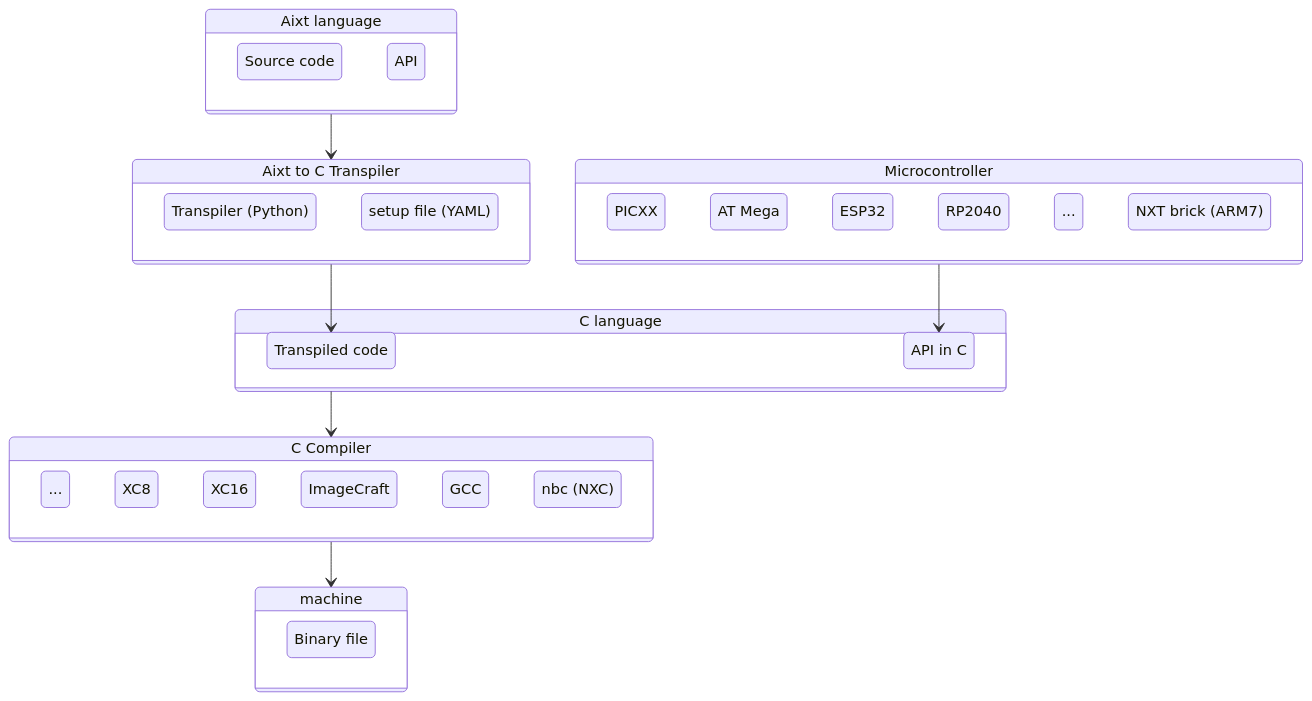
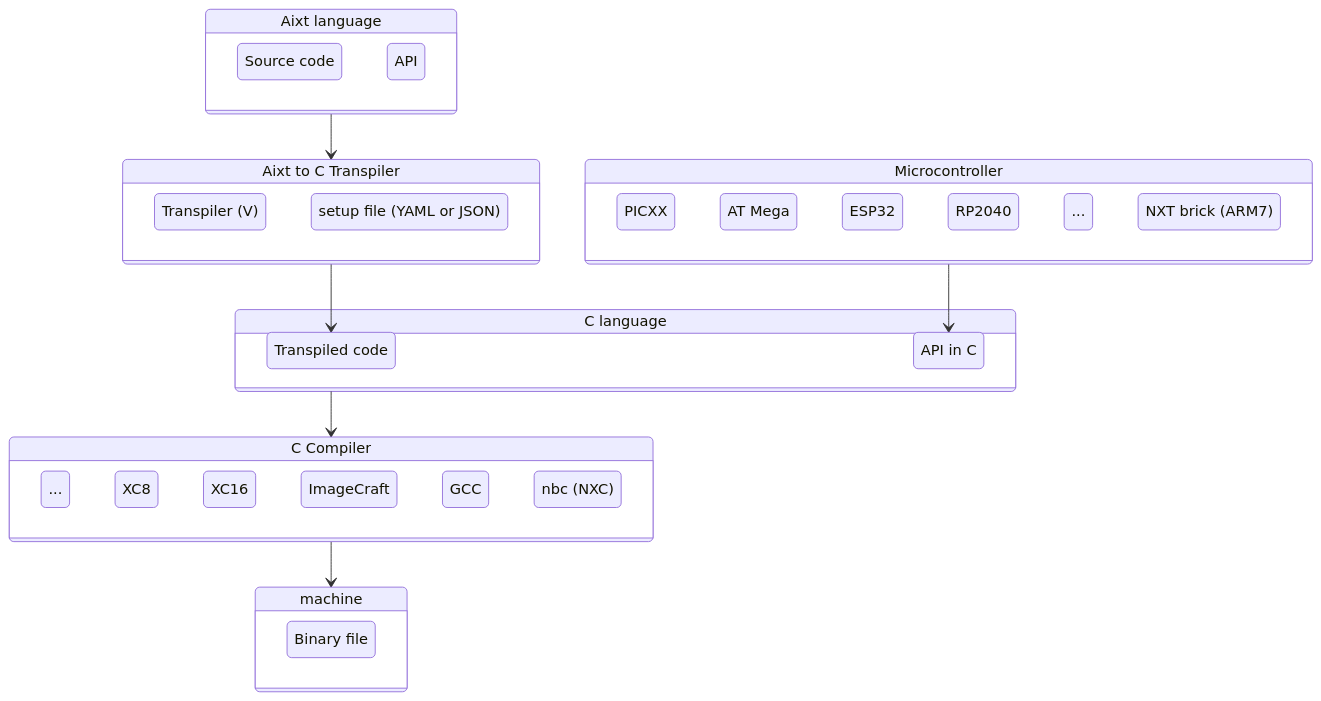
Before and after one commit to fermarsan/aixt: the diagram in README.md, drawn with Mermaid.

Commit message:
Diagram updated to V transpiler

````diff
--- a/README.md
+++ b/README.md
@@ -9,55 +9,55 @@
 ```mermaid
 stateDiagram-v2
 
     Aixt: Aixt language
     state Aixt {
         source: Source code
         API
     }
 
     Aixt2C: Aixt to C Transpiler
     state Aixt2C {
-        Transpiler: Transpiler (Python)
-        setup: setup file (YAML)
+        Transpiler: Transpiler (V)
+        setup: setup file (YAML or JSON)
     }
 
     C: C language
     state C {
         Tr_Code: Transpiled code
         API_C: API in C
     }
 
     state Microcontroller {
         PICs: PICXX
         ATM: AT Mega
         ESP32
         RP2040
         others2: ...
         NXT: NXT brick (ARM7) 
     }
 
     C_Compiler: C Compiler
     state C_Compiler {
         others: ...
         XC8  
         XC16 
         ImageCraft
         GCC  
         others 
         nbc: nbc (NXC) 
     }
     
     machine
     state machine {
         BF: Binary file
     }
     
     Aixt    --> Aixt2C 
     Aixt2C  --> Tr_Code
 
     C       --> C_Compiler
 
     C_Compiler  --> machine
 
     Microcontroller --> API_C
 ```
````
